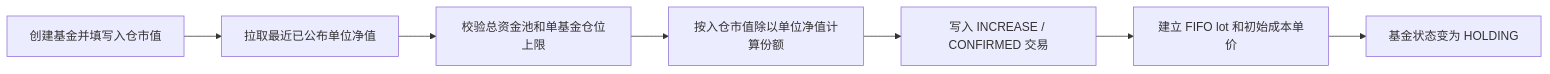
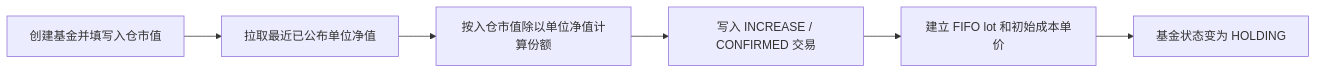
One commit to coolmentha/fundpilot changed the second of 2 diagrams in docs/business/fund-and-position.md. Above: the diagram before and after it, drawn with Mermaid. The commit also changed other lines of this file and 62 other files, not shown here.

````diff
--- a/docs/business/fund-and-position.md
+++ b/docs/business/fund-and-position.md
@@ -55,9 +55,8 @@
 ```mermaid
 flowchart LR
     A[创建基金并填写入仓市值] --> B[拉取最近已公布单位净值]
-    B --> C[校验总资金池和单基金仓位上限]
-    C --> D[按入仓市值除以单位净值计算份额]
-    D --> E[写入 INCREASE / CONFIRMED 交易]
-    E --> F[建立 FIFO lot 和初始成本单价]
-    F --> G[基金状态变为 HOLDING]
+    B --> C[按入仓市值除以单位净值计算份额]
+    C --> D[写入 INCREASE / CONFIRMED 交易]
+    D --> E[建立 FIFO lot 和初始成本单价]
+    E --> F[基金状态变为 HOLDING]
 ```
````
